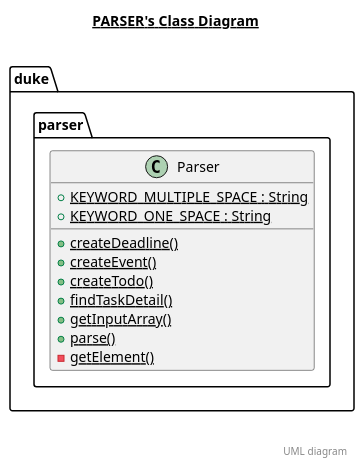
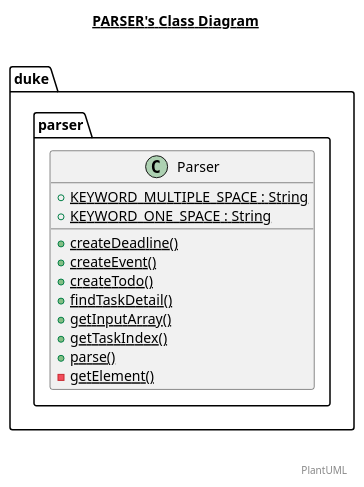
One commit to nus-tic4001-AY2021S1/ip changed the diagram in docs/diagrams/parser.plantuml. Above: the diagram before and after it, drawn with PlantUML. The commit also changed 10 other files, not shown here.

Commit message:
update graph

```diff
--- a/docs/diagrams/parser.plantuml
+++ b/docs/diagrams/parser.plantuml
@@ -1,30 +1,31 @@
 @startuml
 
 title __PARSER's Class Diagram__\n
 
   namespace duke {
     namespace parser {
       class duke.parser.Parser {
           {static} + KEYWORD_MULTIPLE_SPACE : String
           {static} + KEYWORD_ONE_SPACE : String
           {static} + createDeadline()
           {static} + createEvent()
           {static} + createTodo()
           {static} + findTaskDetail()
           {static} + getInputArray()
+          {static} + getTaskIndex()
           {static} + parse()
           {static} - getElement()
       }
     }
   }
   
 
 
 
 right footer
 
 
-UML diagram
+PlantUML
 endfooter
 
 @enduml
```
